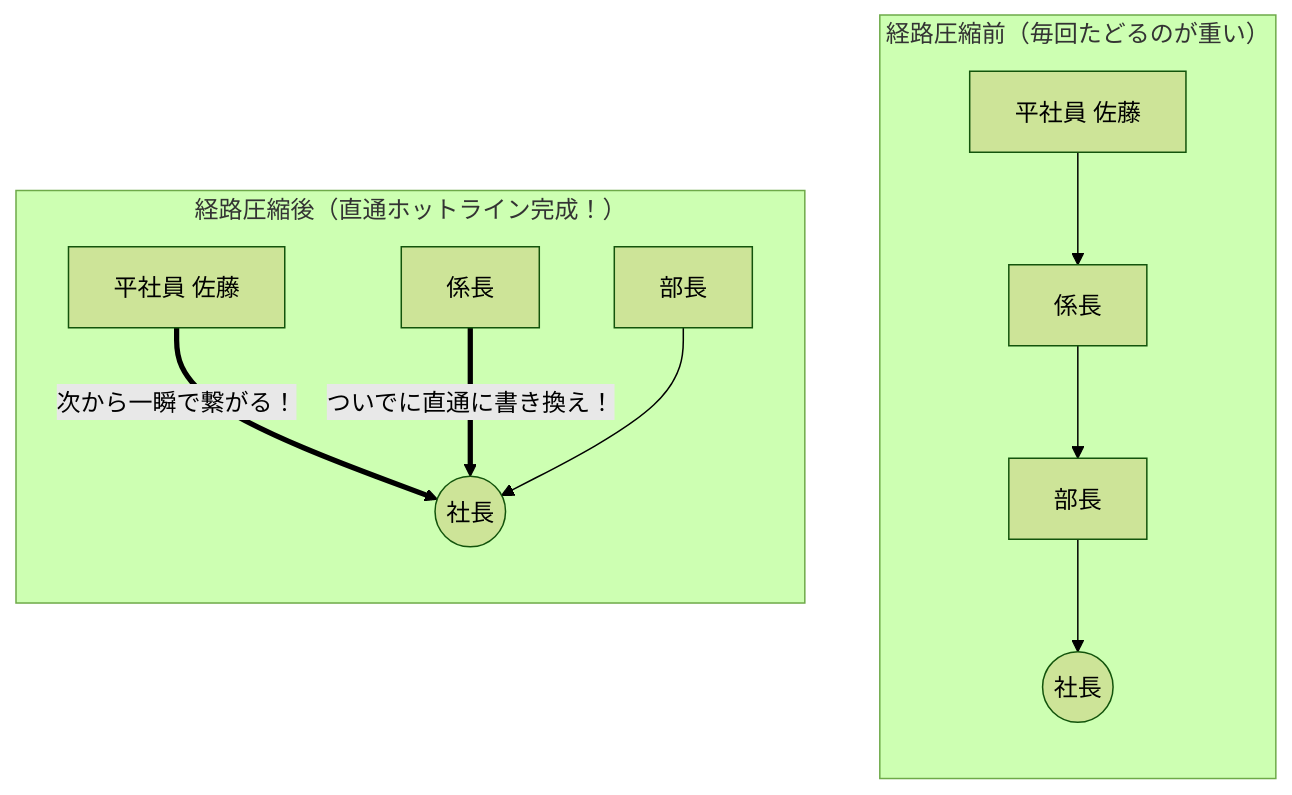
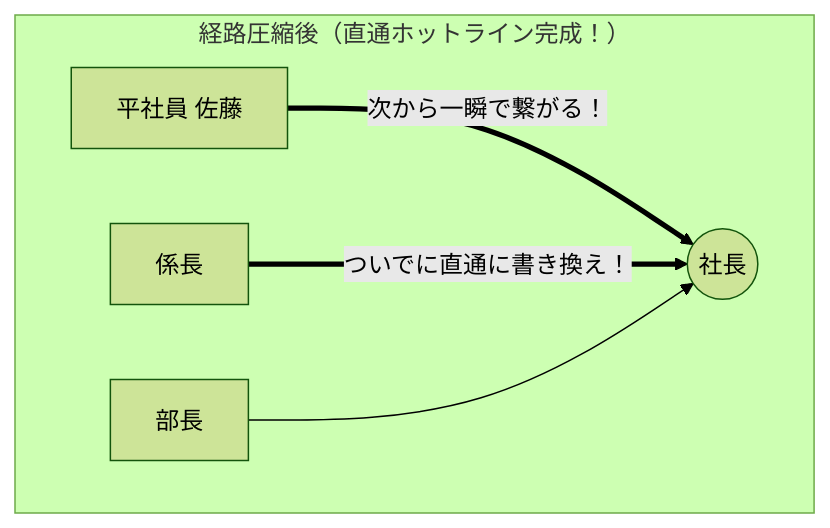
One commit to bms-atelier-kyokufu/BmsPartTuner changed the fourth of 11 diagrams in docs/casual_guide.md. Above: the diagram before and after it, drawn with Mermaid (forest theme). The commit also changed other lines of this file, not shown here.

First line of the commit message:
docs: カジュアルガイドにおける数式表現の整理とMermaid解説図の修正

````diff
--- a/docs/casual_guide.md
+++ b/docs/casual_guide.md
@@ -175,15 +190,8 @@
 ```mermaid
-graph BT
-    subgraph before ["経路圧縮前（毎回たどるのが重い）"]
-        佐藤さん1[平社員 佐藤] --> 係長1[係長]
-        係長1 --> 部長1[部長]
-        部長1 --> 社長1((社長))
-    end
-
+graph TD
     subgraph after["経路圧縮後（直通ホットライン完成！）"]
         佐藤さん2[平社員 佐藤] ==>|次から一瞬で繋がる！| 社長2((社長))
         係長2[係長] ==>|ついでに直通に書き換え！| 社長2
         部長2[部長] --> 社長2
     end
-
 ```
````
